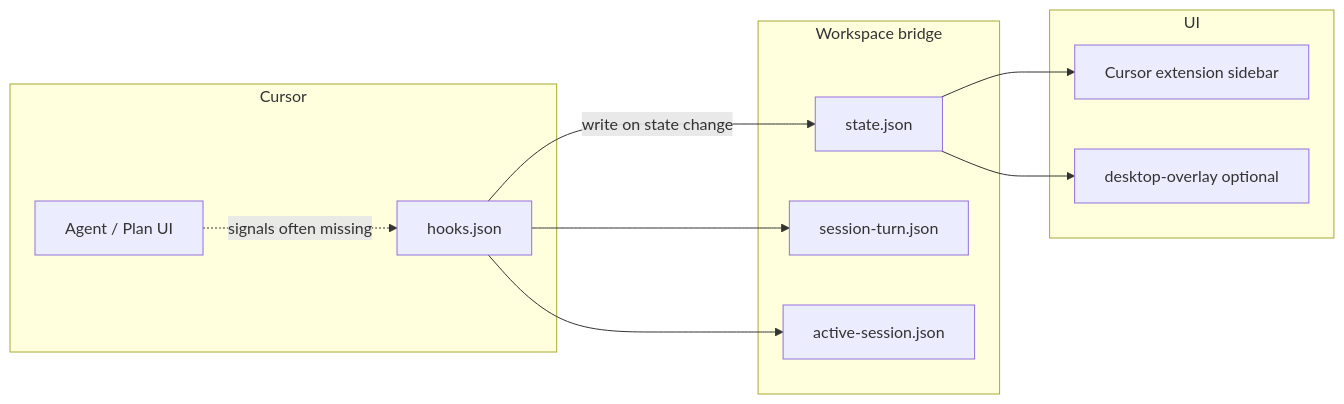
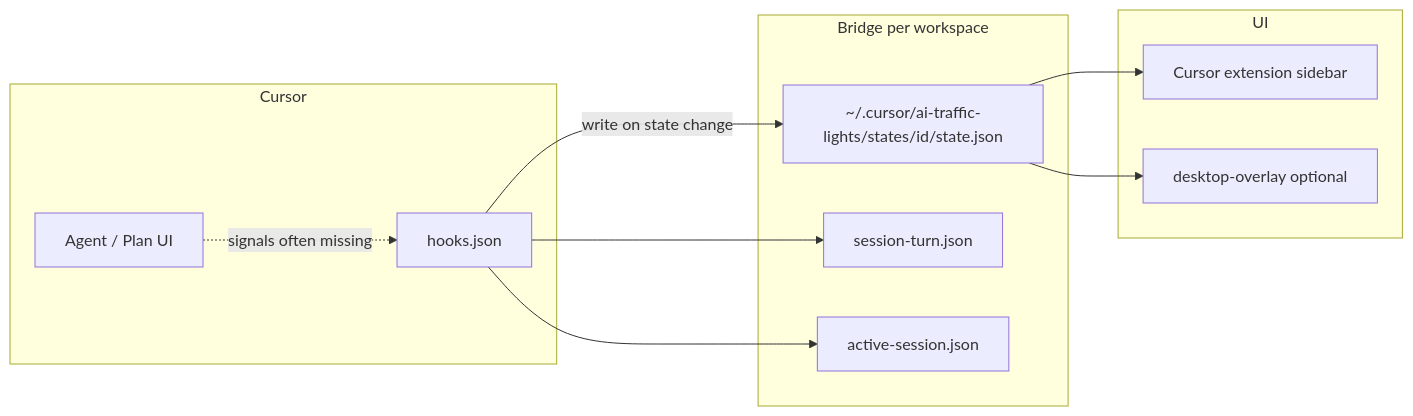
Before and after one commit to JikerSun/sjk-traffic_lights: the diagram in docs/traffic-lights-runtime.md, drawn with Mermaid. The commit also changed other lines of this file and 21 other files, not shown here.

````diff
--- a/docs/traffic-lights-runtime.md
+++ b/docs/traffic-lights-runtime.md
@@ -7,22 +7,22 @@
 ```mermaid
 flowchart LR
   subgraph cursor [Cursor]
     Hooks[hooks.json]
     Agent[Agent / Plan UI]
   end
-  subgraph bridge [Workspace bridge]
-    State[state.json]
+  subgraph bridge [Bridge per workspace]
+    State["~/.cursor/ai-traffic-lights/states/id/state.json"]
     Session[session-turn.json]
     Active[active-session.json]
   end
   subgraph ui [UI]
     Ext[Cursor extension sidebar]
     Overlay[desktop-overlay optional]
   end
   Hooks -->|write on state change| State
   Hooks --> Session
   Hooks --> Active
   State --> Ext
   State --> Overlay
   Agent -.->|signals often missing| Hooks
 ```
````
